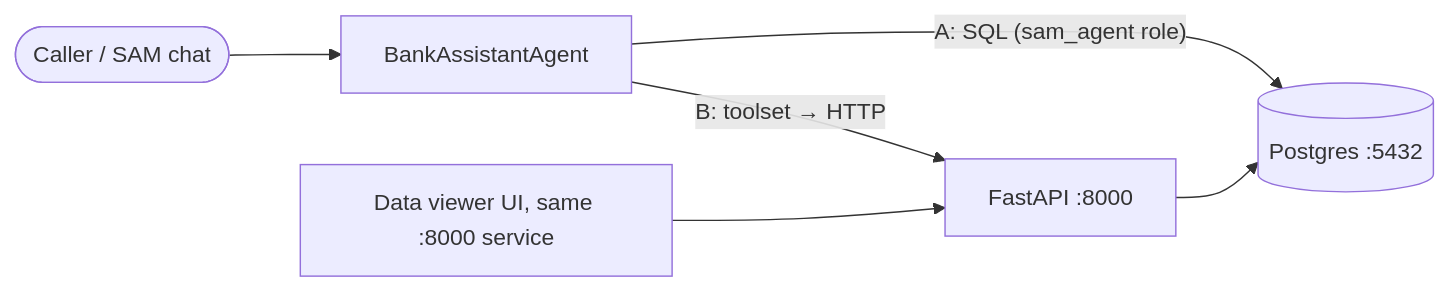
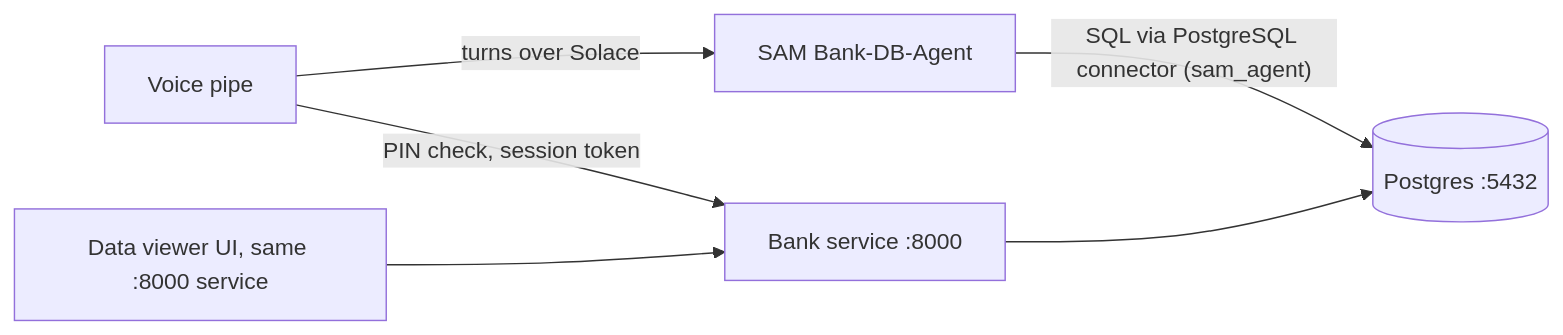
One commit to Siddhesh-UIC/SAM-Bank-Service changed the diagram in README.md. Above: the diagram before and after it, drawn with Mermaid. The commit also changed other lines of this file and 1 other file, not shown here.

First line of the commit message:
SAM_SETUP.md: connector, skill, model, agent and event rule setup in order

````diff
--- a/README.md
+++ b/README.md
@@ -17,8 +10,8 @@
 ```mermaid
 graph LR
-    Caller([Caller / SAM chat]) --> Agent[BankAssistantAgent]
-    Agent -- "A: SQL (sam_agent role)" --> PG[(Postgres :5432)]
-    Agent -- "B: toolset → HTTP" --> API[FastAPI :8000]
+    Voice[Voice pipe] -- "PIN check, session token" --> API[Bank service :8000]
+    Voice -- "turns over Solace" --> Agent[SAM Bank-DB-Agent]
+    Agent -- "SQL via PostgreSQL connector (sam_agent)" --> PG[(Postgres :5432)]
     API --> PG
     UI[Data viewer UI, same :8000 service] --> API
 ```
````
